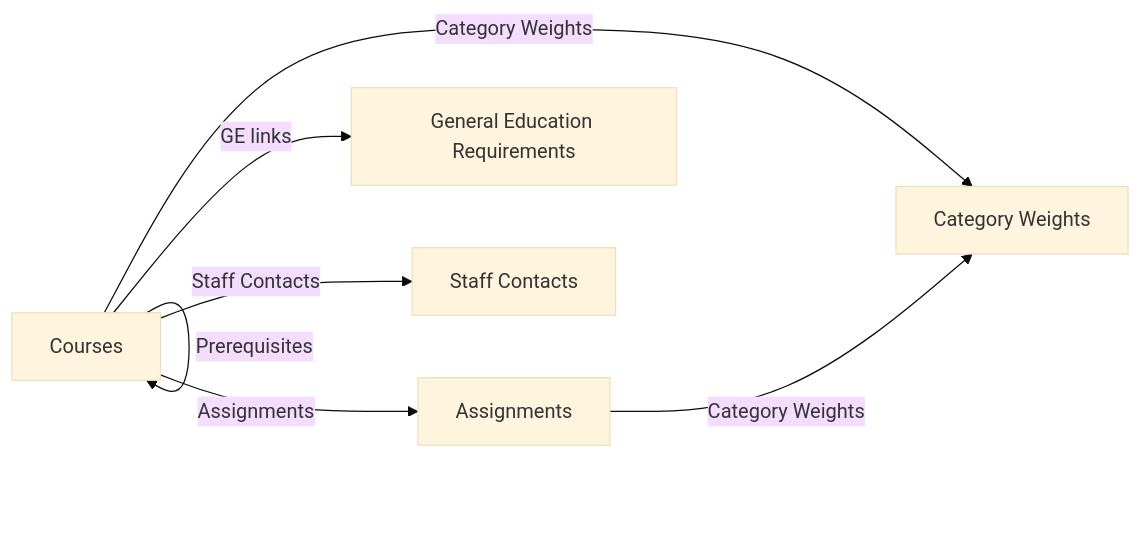
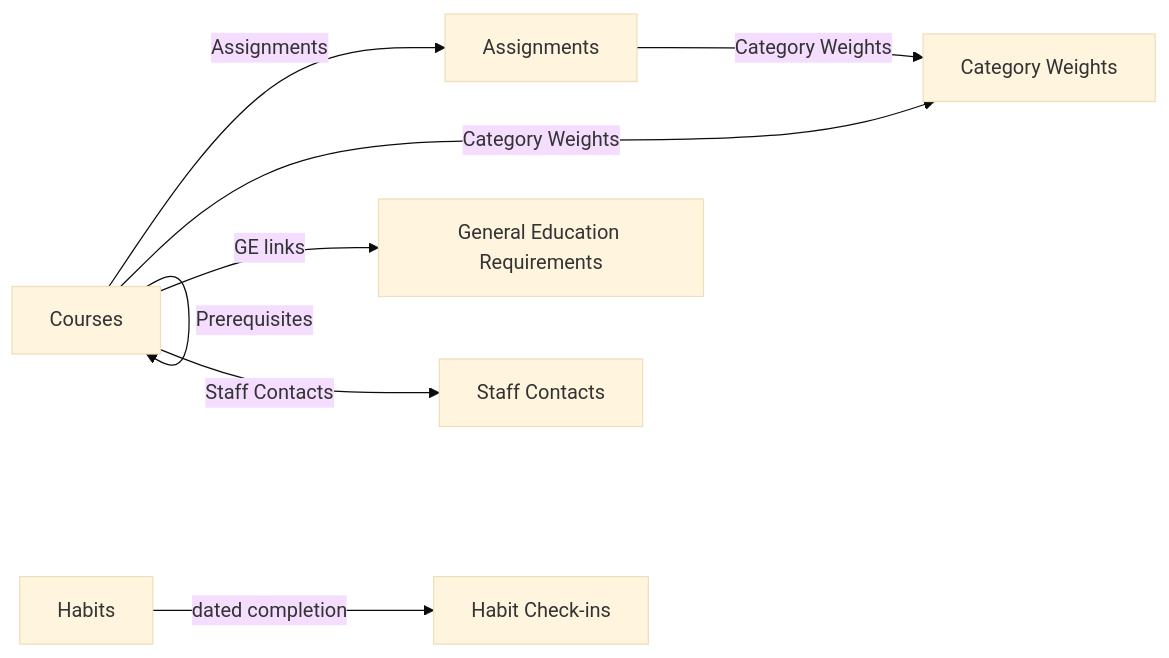
The diagram in docs/airtable-schema.md (Aydinm1/ares), drawn with Mermaid (base theme) before and after one commit. The commit also changed other lines of this file and 30 other files, not shown here.

````diff
--- a/docs/airtable-schema.md
+++ b/docs/airtable-schema.md
@@ -50,9 +55,10 @@
 ```mermaid
 flowchart LR
   Courses -->|Assignments| Assignments
   Courses -->|Category Weights| CategoryWeights[Category Weights]
   Courses -->|GE links| GE[General Education Requirements]
   Courses -->|Staff Contacts| StaffContacts[Staff Contacts]
   Courses -->|Prerequisites| Courses
   Assignments -->|Category Weights| CategoryWeights
+  Habits -->|dated completion| HabitCheckIns[Habit Check-ins]
 ```
````
